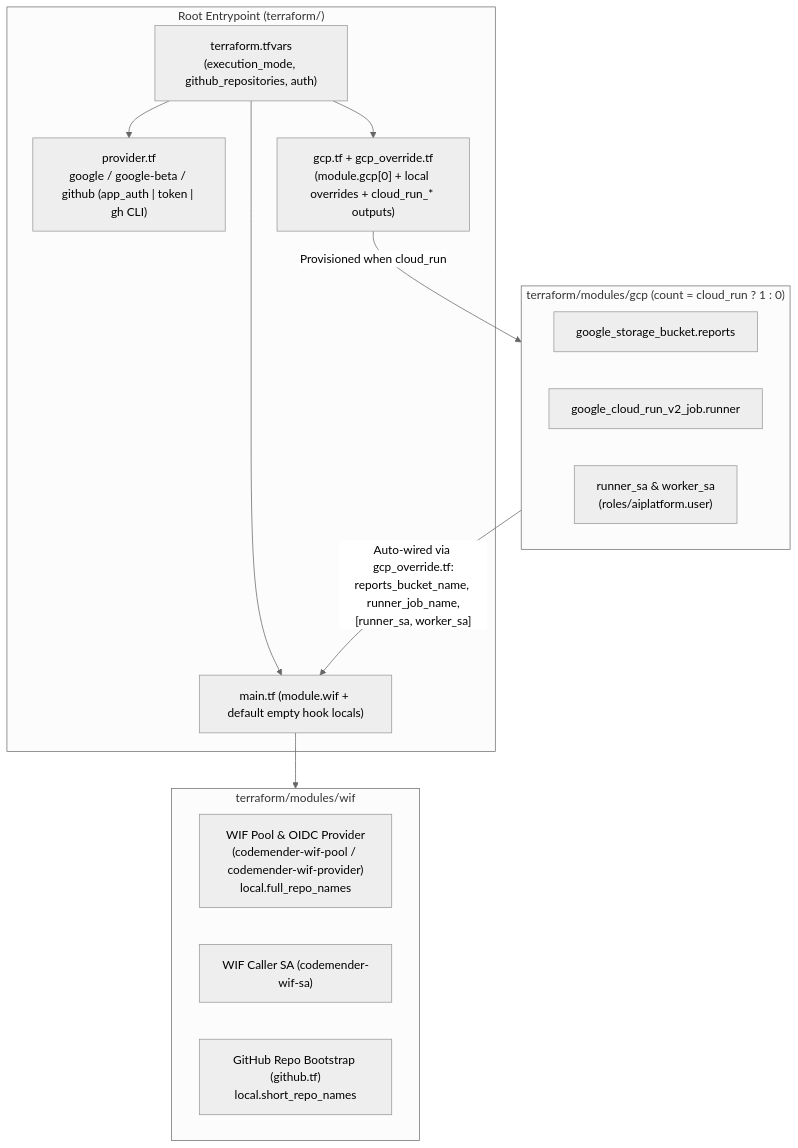
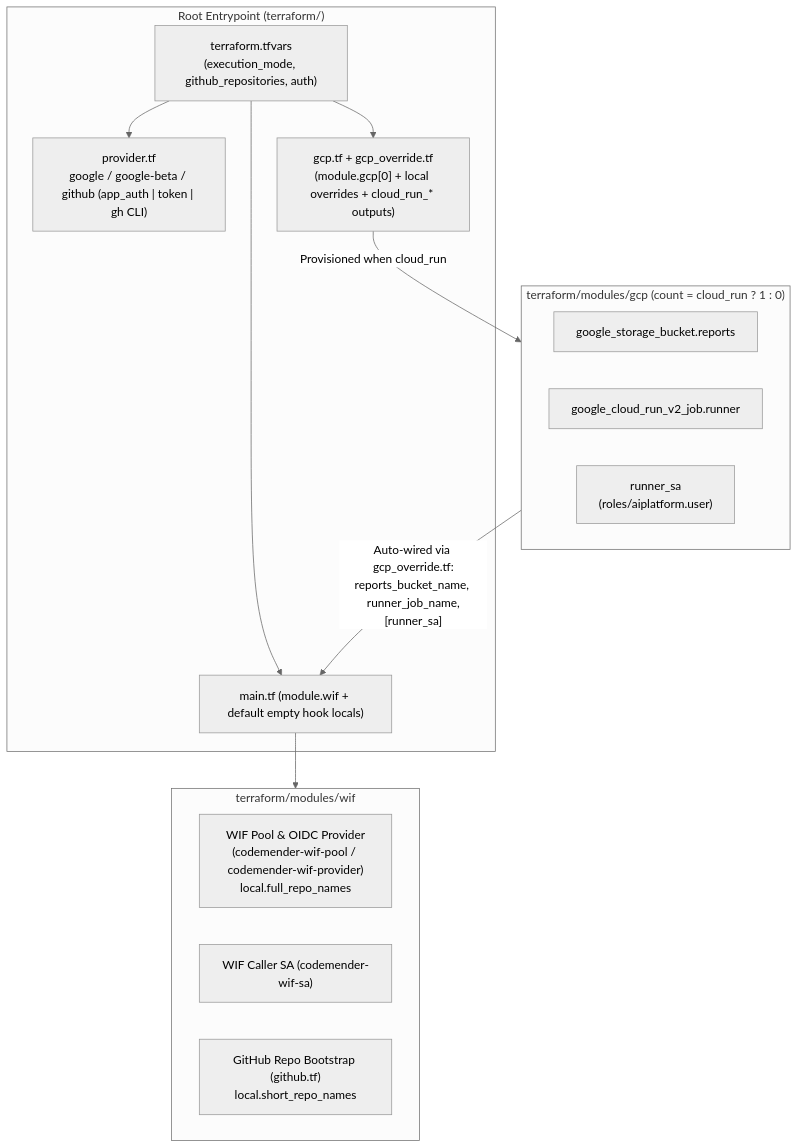
One commit to avnit/codemender-runner-mcp changed the first of 2 diagrams in docs/openspec/specs/wif/design.md. Above: the diagram before and after it, drawn with Mermaid (neutral theme). The commit also changed other lines of this file and 16 other files, not shown here.

First line of the commit message:
refactor(terraform): remove legacy worker job, worker_sa, and github_app_token secret (b/575953878) (#76)

````diff
--- a/docs/openspec/specs/wif/design.md
+++ b/docs/openspec/specs/wif/design.md
@@ -215,28 +214,28 @@
 ```mermaid
 flowchart TD
     subgraph Root["Root Entrypoint (terraform/)"]
         tfvars["terraform.tfvars\n(execution_mode, github_repositories, auth)"]
         prov["provider.tf\ngoogle / google-beta / github (app_auth | token | gh CLI)"]
         main["main.tf (module.wif + default empty hook locals)"]
         gcp_tf["gcp.tf + gcp_override.tf\n(module.gcp[0] + local overrides + cloud_run_* outputs)"]
     end
 
     subgraph GCPMod["terraform/modules/gcp (count = cloud_run ? 1 : 0)"]
         gcp_bucket["google_storage_bucket.reports"]
         gcp_job["google_cloud_run_v2_job.runner"]
-        gcp_sas["runner_sa & worker_sa\n(roles/aiplatform.user)"]
+        gcp_sas["runner_sa\n(roles/aiplatform.user)"]
     end
 
     subgraph WIFMod["terraform/modules/wif"]
         pool["WIF Pool & OIDC Provider\n(codemender-wif-pool / codemender-wif-provider)\nlocal.full_repo_names"]
         wif_sa["WIF Caller SA (codemender-wif-sa)"]
         gh_boot["GitHub Repo Bootstrap (github.tf)\nlocal.short_repo_names"]
     end
 
     tfvars --> prov
     tfvars --> main
     tfvars --> gcp_tf
     gcp_tf -->|"Provisioned when cloud_run"| GCPMod
-    GCPMod -->|"Auto-wired via gcp_override.tf:\nreports_bucket_name, runner_job_name,\n[runner_sa, worker_sa]"| main
+    GCPMod -->|"Auto-wired via gcp_override.tf:\nreports_bucket_name, runner_job_name,\n[runner_sa]"| main
     main --> WIFMod
 ```
````
